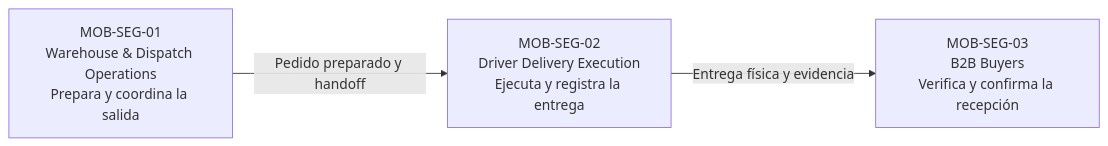
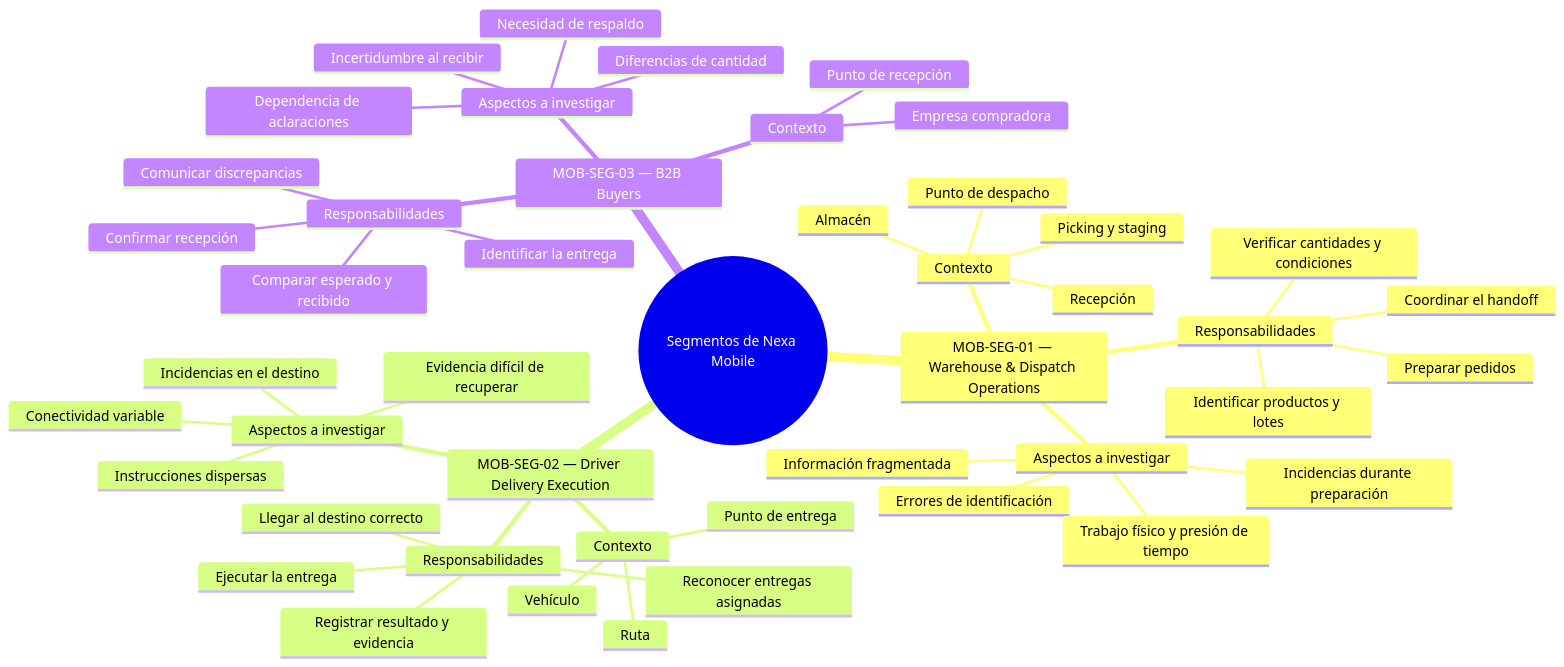
The diagram in report/01-presentation/1.3-target-segments.md (nexa-suite/mobile-report), drawn with Mermaid before and after one commit. The commit also changed other lines of this file, not shown here.

````diff
--- a/report/01-presentation/1.3-target-segments.md
+++ b/report/01-presentation/1.3-target-segments.md
@@ -133,9 +137,51 @@
 ```mermaid
-flowchart LR
-    SEG1["MOB-SEG-01<br/>Warehouse & Dispatch Operations<br/>Prepara y coordina la salida"]
-    SEG2["MOB-SEG-02<br/>Driver Delivery Execution<br/>Ejecuta y registra la entrega"]
-    SEG3["MOB-SEG-03<br/>B2B Buyers<br/>Verifica y confirma la recepción"]
+mindmap
+  root((Segmentos de Nexa Mobile))
+    MOB-SEG-01 — Warehouse & Dispatch Operations
+      Contexto
+        Almacén
+        Recepción
+        Picking y staging
+        Punto de despacho
+      Responsabilidades
+        Identificar productos y lotes
+        Verificar cantidades y condiciones
+        Preparar pedidos
+        Coordinar el handoff
+      Aspectos a investigar
+        Información fragmentada
+        Errores de identificación
+        Incidencias durante preparación
+        Trabajo físico y presión de tiempo
 
-    SEG1 -->|Pedido preparado y handoff| SEG2
-    SEG2 -->|Entrega física y evidencia| SEG3
+    MOB-SEG-02 — Driver Delivery Execution
+      Contexto
+        Vehículo
+        Ruta
+        Punto de entrega
+      Responsabilidades
+        Reconocer entregas asignadas
+        Llegar al destino correcto
+        Ejecutar la entrega
+        Registrar resultado y evidencia
+      Aspectos a investigar
+        Instrucciones dispersas
+        Incidencias en el destino
+        Evidencia difícil de recuperar
+        Conectividad variable
+
+    MOB-SEG-03 — B2B Buyers
+      Contexto
+        Empresa compradora
+        Punto de recepción
+      Responsabilidades
+        Identificar la entrega
+        Comparar esperado y recibido
+        Confirmar recepción
+        Comunicar discrepancias
+      Aspectos a investigar
+        Incertidumbre al recibir
+        Diferencias de cantidad
+        Dependencia de aclaraciones
+        Necesidad de respaldo
 ```
````
